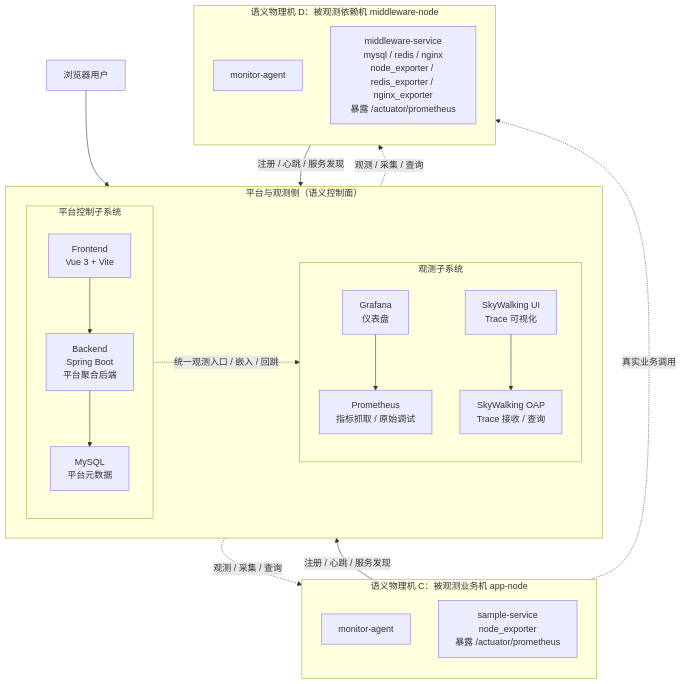
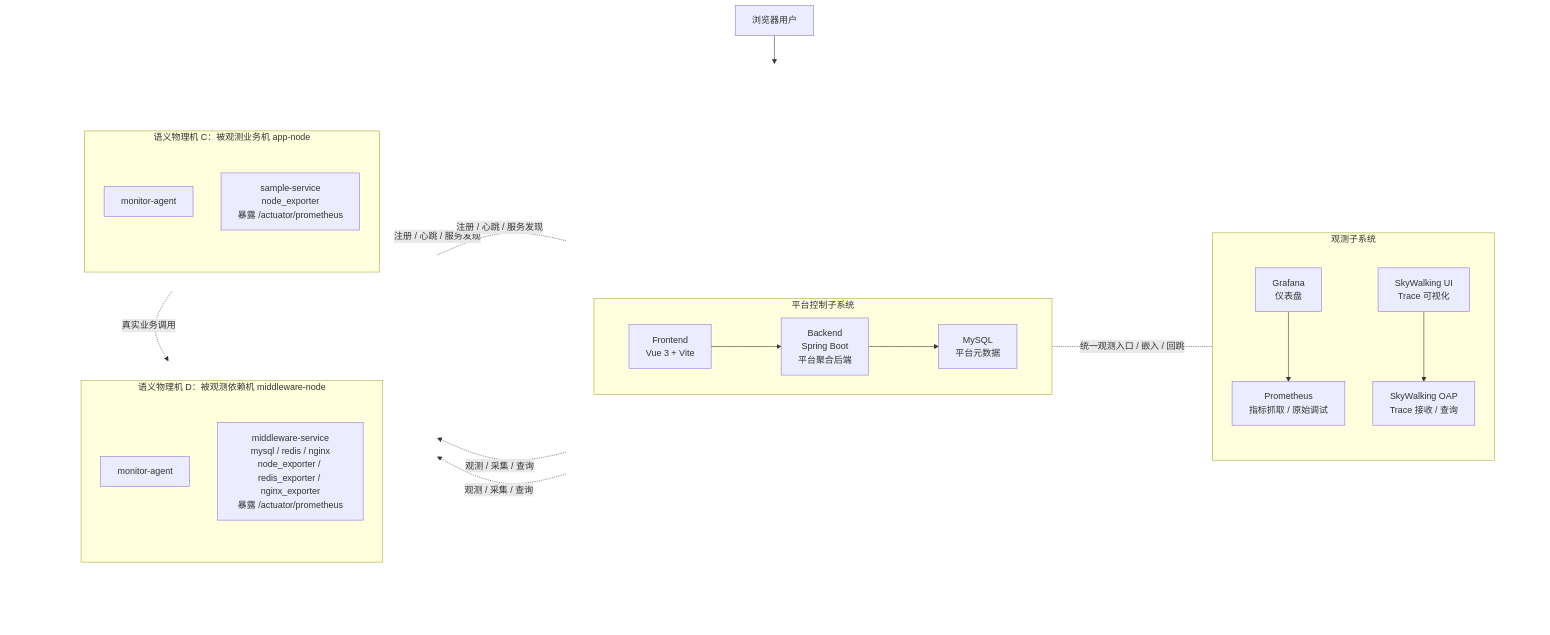
Before and after one commit to cmzbutqq/SWE-CourseDesign-Insider: the first of 2 diagrams in docs/项目说明.md, drawn with Mermaid. The commit also changed 5 other files, not shown here.

Commit message:
更新文档，重构平台与观测子系统的拓扑图，新增多个视频和字幕文件，更新图片文件

````diff
--- a/docs/项目说明.md
+++ b/docs/项目说明.md
@@ -57,48 +57,68 @@
 ```mermaid
 flowchart TB
     User["浏览器用户"]
 
-    subgraph ControlPlane["平台与观测侧（语义控制面）"]
+    subgraph MainRow[" "]
         direction LR
-        subgraph Platform["平台控制子系统"]
-            direction TB
-            Frontend["Frontend<br/>Vue 3 + Vite"]
-            Backend["Backend<br/>Spring Boot<br/>平台聚合后端"]
-            MetaDB["MySQL<br/>平台元数据"]
-            Frontend --> Backend
-            Backend --> MetaDB
+        subgraph ControlSide[" "]
+            direction LR
+            subgraph Platform["平台控制子系统"]
+                direction LR
+                Frontend["Frontend<br/>Vue 3 + Vite"]
+                Backend["Backend<br/>Spring Boot<br/>平台聚合后端"]
+                MetaDB["MySQL<br/>平台元数据"]
+                Frontend --> Backend
+                Backend --> MetaDB
+            end
+
+            subgraph Observe["观测子系统"]
+                direction TB
+                Grafana["Grafana<br/>仪表盘"]
+                Prometheus["Prometheus<br/>指标抓取 / 原始调试"]
+                SkyUI["SkyWalking UI<br/>Trace 可视化"]
+                SkyOAP["SkyWalking OAP<br/>Trace 接收 / 查询"]
+                Grafana --> Prometheus
+                SkyUI --> SkyOAP
+            end
         end
 
-        subgraph Observe["观测子系统"]
+        subgraph HostSide[" "]
             direction TB
-            Grafana["Grafana<br/>仪表盘"]
-            Prometheus["Prometheus<br/>指标抓取 / 原始调试"]
-            SkyUI["SkyWalking UI<br/>Trace 可视化"]
-            SkyOAP["SkyWalking OAP<br/>Trace 接收 / 查询"]
-            Grafana --> Prometheus
-            SkyUI --> SkyOAP
+            subgraph HostCRow[" "]
+                direction LR
+                subgraph AppHost["语义物理机 C：被观测业务机 app-node"]
+                    direction TB
+                    AppAgent["monitor-agent"]
+                    AppWorkload["sample-service<br/>node_exporter<br/>暴露 /actuator/prometheus"]
+                end
+            end
+
+            subgraph HostDRow[" "]
+                direction LR
+                subgraph MidHost["语义物理机 D：被观测依赖机 middleware-node"]
+                    direction TB
+                    MidAgent["monitor-agent"]
+                    MidWorkload["middleware-service<br/>mysql / redis / nginx<br/>node_exporter / redis_exporter / nginx_exporter<br/>暴露 /actuator/prometheus"]
+                end
+            end
         end
     end
 
-    subgraph AppHost["语义物理机 C：被观测业务机 app-node"]
-        direction TB
-        AppAgent["monitor-agent"]
-        AppWorkload["sample-service<br/>node_exporter<br/>暴露 /actuator/prometheus"]
-    end
+    User --> Frontend
+    Frontend -.-|统一观测入口 / 嵌入 / 回跳| Observe
 
-    subgraph MidHost["语义物理机 D：被观测依赖机 middleware-node"]
-        direction TB
-        MidAgent["monitor-agent"]
-        MidWorkload["middleware-service<br/>mysql / redis / nginx<br/>node_exporter / redis_exporter / nginx_exporter<br/>暴露 /actuator/prometheus"]
-    end
-
-    User --> Frontend
-    Frontend -.统一观测入口 / 嵌入 / 回跳.-> Observe
-
-    AppAgent -->|注册 / 心跳 / 服务发现| Backend
-    MidAgent -->|注册 / 心跳 / 服务发现| Backend
+    AppAgent -.-|注册 / 心跳 / 服务发现| Platform
+    MidAgent -.-|注册 / 心跳 / 服务发现| Platform
 
     AppWorkload -.真实业务调用.-> MidWorkload
     Observe -.观测 / 采集 / 查询.-> AppHost
     Observe -.观测 / 采集 / 查询.-> MidHost
+    AppAgent --> MidAgent
+
+    style MainRow fill:none,stroke:none
+    style ControlSide fill:none,stroke:none
+    style HostSide fill:none,stroke:none
+    style HostCRow fill:none,stroke:none
+    style HostDRow fill:none,stroke:none
+    linkStyle 11 stroke:transparent,fill:none
 ```
````
